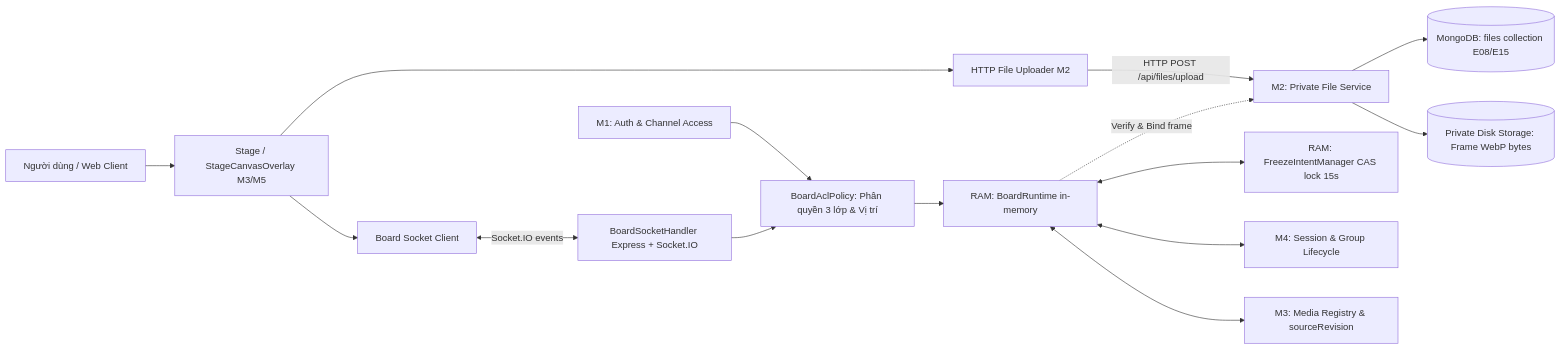
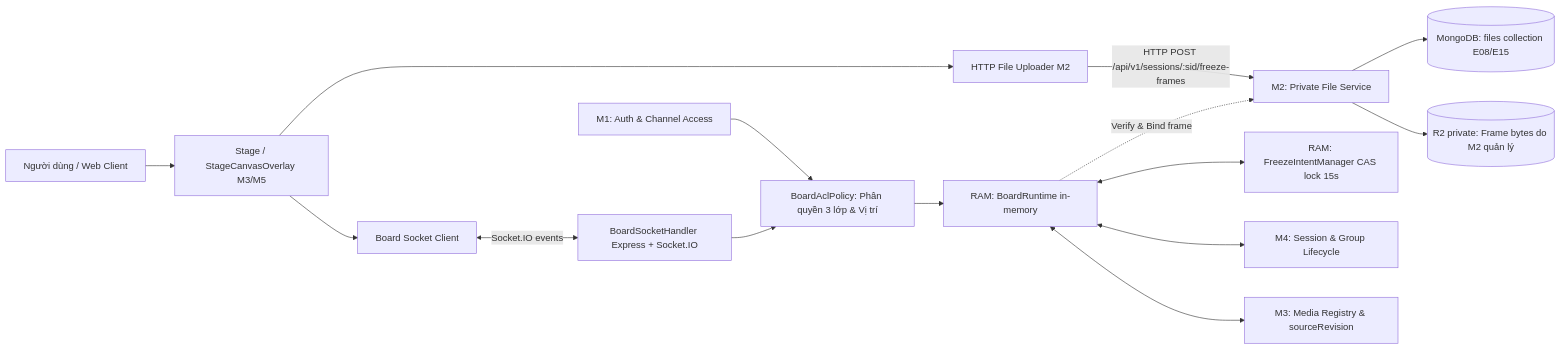
The first of 12 diagrams in docs/proposals/m5-board.md (Lightning1507/CoLearnia), drawn with Mermaid before and after one commit. The commit also changed other lines of this file and 5 other files, not shown here.

````diff
--- a/docs/proposals/m5-board.md
+++ b/docs/proposals/m5-board.md
@@ -202,17 +204,17 @@
 ```mermaid
 flowchart LR
   User[Người dùng / Web Client] --> UI[Stage / StageCanvasOverlay M3/M5]
   UI --> SocketClient[Board Socket Client]
   UI --> FileUploader[HTTP File Uploader M2]
   SocketClient <-->|Socket.IO events| SocketHandler[BoardSocketHandler Express + Socket.IO]
-  FileUploader -->|HTTP POST /api/files/upload| FileSvc[M2: Private File Service]
+  FileUploader -->|HTTP POST /api/v1/sessions/:sid/freeze-frames| FileSvc[M2: Private File Service]
   M1[M1: Auth & Channel Access] --> Acl[BoardAclPolicy: Phân quyền 3 lớp & Vị trí]
   SocketHandler --> Acl
   Acl --> BoardRT[RAM: BoardRuntime in-memory]
   BoardRT <--> IntentMgr[RAM: FreezeIntentManager CAS lock 15s]
   BoardRT <--> M4[M4: Session & Group Lifecycle]
   BoardRT <--> M3[M3: Media Registry & sourceRevision]
   BoardRT -.->|Verify & Bind frame| FileSvc
   FileSvc --> MongoFiles[(MongoDB: files collection E08/E15)]
-  FileSvc --> DiskStore[(Private Disk Storage: Frame WebP bytes)]
+  FileSvc --> DiskStore[(R2 private: Frame bytes do M2 quản lý)]
 ```
````
